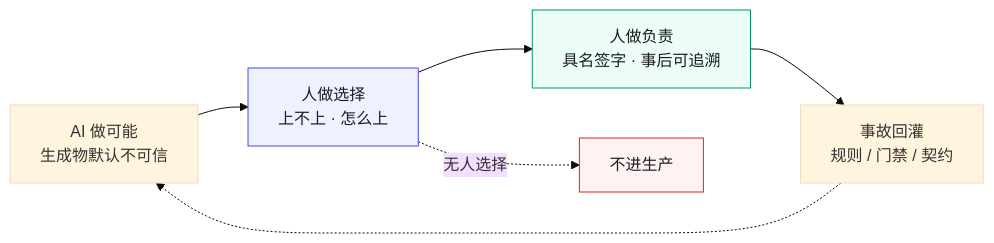
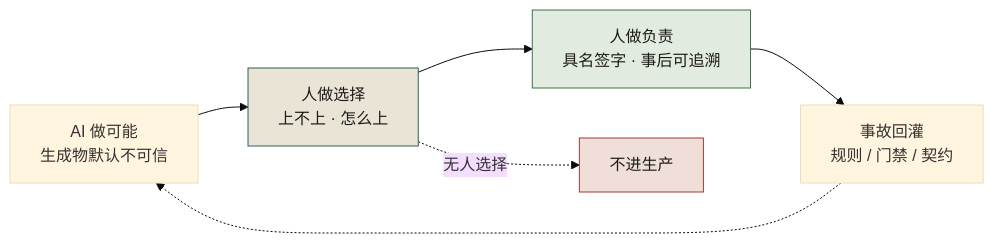
One commit to funny8kids/AI_Native_Software_Engineering changed the first of 2 diagrams in docs/manuscript/ch01-这本书是什么.md. Above: the diagram before and after it, drawn with Mermaid (base theme). The commit also changed other lines of this file and 81 other files, not shown here.

````diff
--- a/docs/manuscript/ch01-这本书是什么.md
+++ b/docs/manuscript/ch01-这本书是什么.md
@@ -51,11 +71,11 @@
 ```mermaid
 flowchart LR
   GEN[AI 做可能<br/>生成物默认不可信] --> CHOICE[人做选择<br/>上不上 · 怎么上]
   CHOICE --> OWN[人做负责<br/>具名签字 · 事后可追溯]
   CHOICE -.->|无人选择| STOP[不进生产]
   OWN --> BACK[事故回灌<br/>规则 / 门禁 / 契约]
   BACK -.-> GEN
-  style CHOICE fill:#eef2ff,stroke:#4f46e5,color:#1a1d23
-  style OWN fill:#ecfdf5,stroke:#059669,color:#1a1d23
-  style STOP fill:#fef2f2,stroke:#dc2626,color:#1a1d23
+  style CHOICE fill:#eae4d6,stroke:#2f6154,color:#1e1c19
+  style OWN fill:#e2ebdf,stroke:#3e7247,color:#1e1c19
+  style STOP fill:#f0dfd9,stroke:#a03b31,color:#1e1c19
 ```
````
